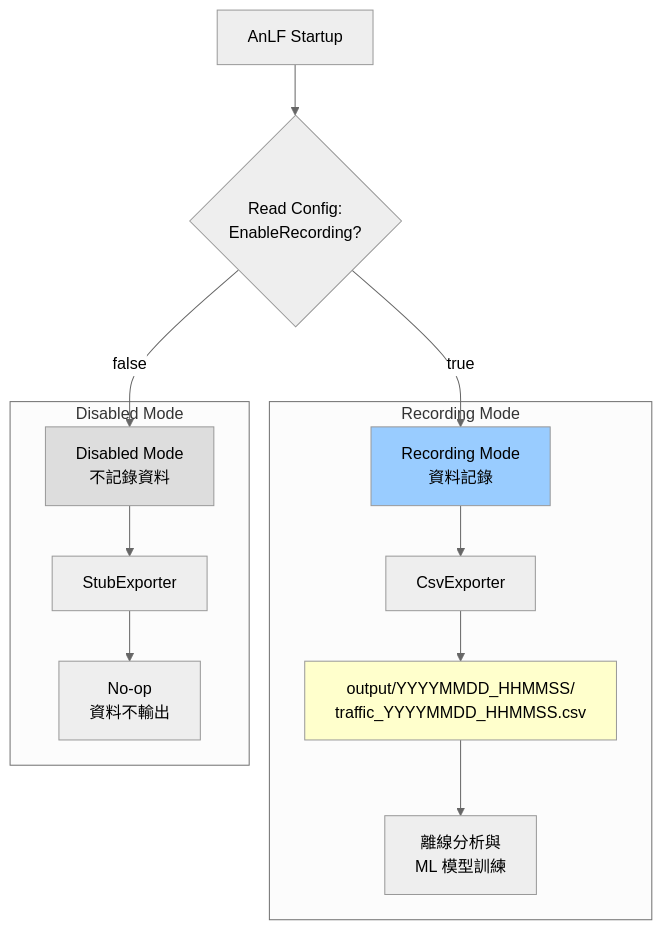
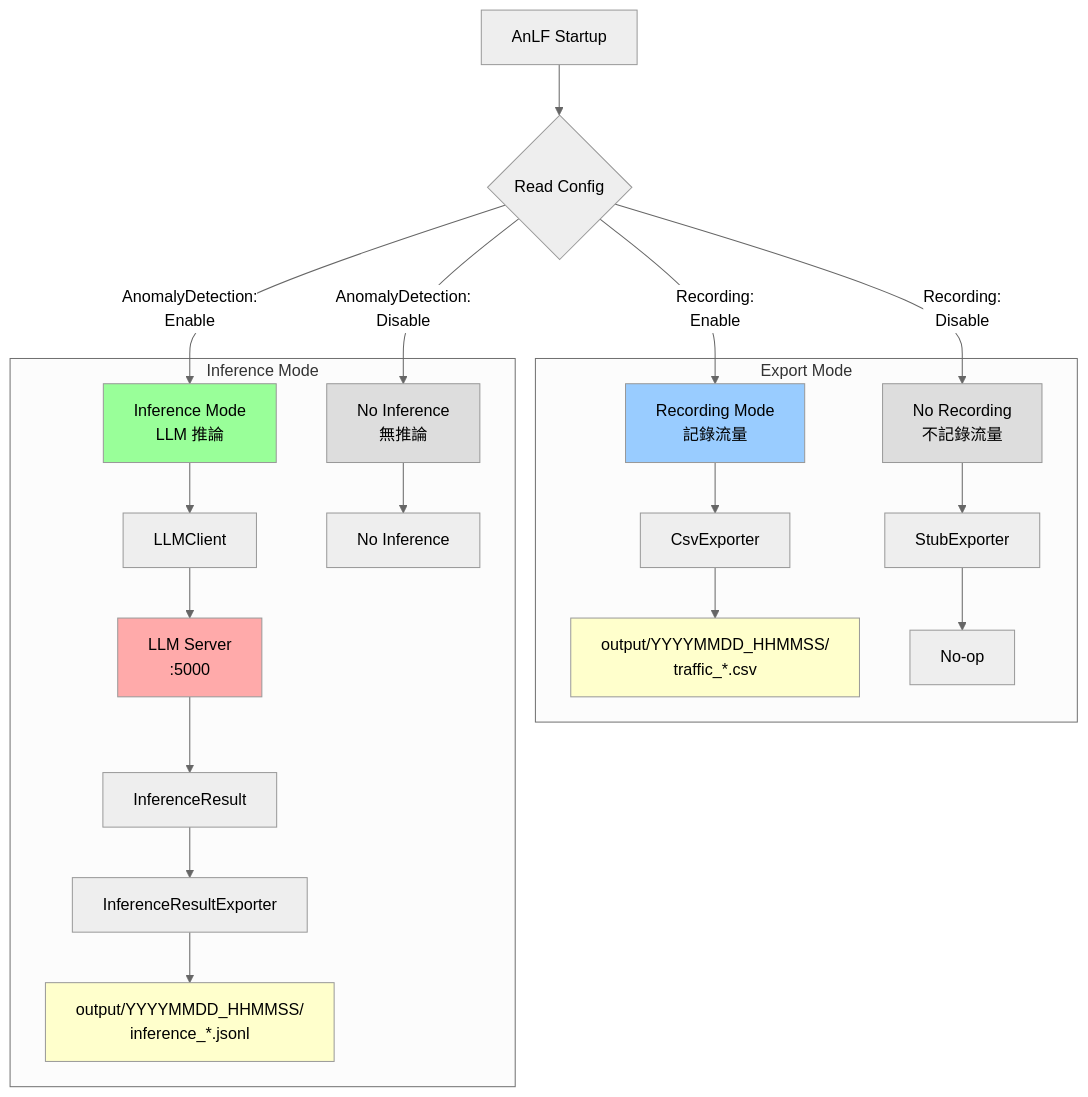
Before and after one commit to ian-cs12-NYCU/AnLF: the sixth of 8 diagrams in docs/architecture.md, drawn with Mermaid. The commit also changed other lines of this file, not shown here.

Commit message:
doc: update system architecture graph

````diff
--- a/docs/architecture.md
+++ b/docs/architecture.md
@@ -303,26 +381,37 @@
 ```mermaid
 %%{init: {'theme':'neutral'}}%%
 graph TB
     Start[AnLF Startup]
     
-    Start --> Config{Read Config:<br/>EnableRecording?}
+    Start --> Config{Read Config}
     
-    Config -->|true| RecordMode[Recording Mode<br/>資料記錄]
-    Config -->|false| DisableMode[Disabled Mode<br/>不記錄資料]
+    Config -->|Recording:<br/>Enable| RecordMode["Recording Mode<br/>記錄流量"]
+    Config -->|Recording:<br/>Disable| NoRecord["No Recording<br/>不記錄流量"]
     
-    subgraph "Recording Mode"
+    Config -->|AnomalyDetection:<br/>Enable| InfMode["Inference Mode<br/>LLM 推論"]
+    Config -->|AnomalyDetection:<br/>Disable| NoInf["No Inference<br/>無推論"]
+    
+    subgraph "Export Mode"
         RecordMode --> CSV[CsvExporter]
-        CSV --> File[output/YYYYMMDD_HHMMSS/<br/>traffic_YYYYMMDD_HHMMSS.csv]
-        File --> Training[離線分析與<br/>ML 模型訓練]
+        NoRecord --> Stub1[StubExporter]
+        CSV --> File1[output/YYYYMMDD_HHMMSS/<br/>traffic_*.csv]
+        Stub1 --> NoOp1[No-op]
     end
     
-    subgraph "Disabled Mode"
-        DisableMode --> Stub[StubExporter]
-        Stub --> NoOp[No-op<br/>資料不輸出]
+    subgraph "Inference Mode"
+        InfMode --> LLC[LLMClient]
+        NoInf --> NoOp2[No Inference]
+        LLC --> LLM["LLM Server<br/>:5000"]
+        LLM --> InfResult[InferenceResult]
+        InfResult --> InfExp[InferenceResultExporter]
+        InfExp --> File2[output/YYYYMMDD_HHMMSS/<br/>inference_*.jsonl]
     end
     
     style RecordMode fill:#99ccff
-    style DisableMode fill:#dddddd
-    style File fill:#ffffcc
-    style NoOp fill:#eeeeee
+    style NoRecord fill:#dddddd
+    style InfMode fill:#99ff99
+    style NoInf fill:#dddddd
+    style File1 fill:#ffffcc
+    style File2 fill:#ffffcc
+    style LLM fill:#ffaaaa
 ```
````
